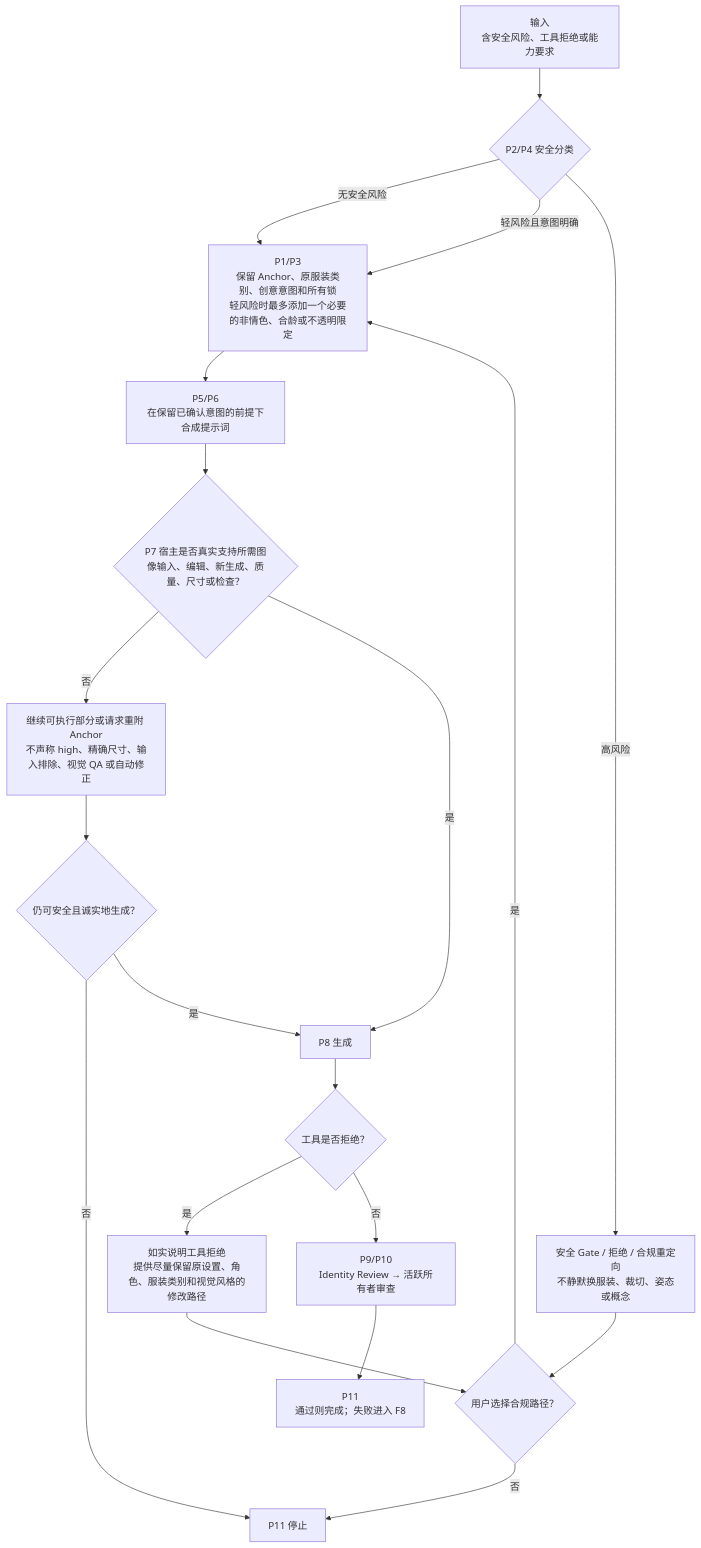
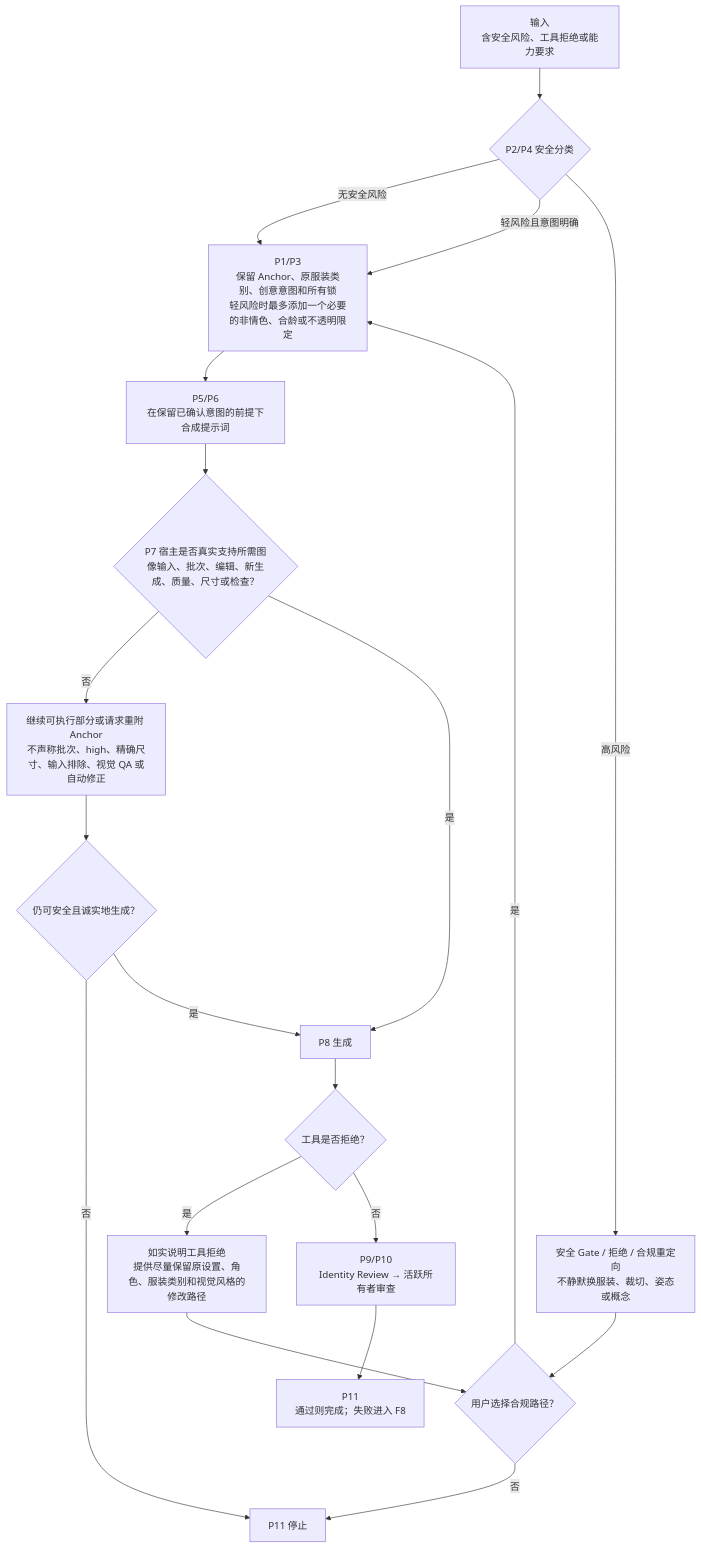
Diagram 13 of 13 in docs/architecture.md (cyaoc/cast-me), drawn with Mermaid before and after one commit. The commit also changed other lines of this file and 4 other files, not shown here.

````diff
--- a/docs/architecture.md
+++ b/docs/architecture.md
@@ -475,22 +489,22 @@
 ```mermaid
 flowchart TD
     U["输入<br/>含安全风险、工具拒绝或能力要求"] --> SAFETY{"P2/P4 安全分类"}
     SAFETY -- 无安全风险 --> NORMAL["P1/P3<br/>保留 Anchor、原服装类别、创意意图和所有锁<br/>轻风险时最多添加一个必要的非情色、合龄或不透明限定"]
     SAFETY -- 轻风险且意图明确 --> NORMAL
     SAFETY -- 高风险 --> G["安全 Gate / 拒绝 / 合规重定向<br/>不静默换服装、裁切、姿态或概念"]
     G --> CHOICE{"用户选择合规路径？"}
     CHOICE -- 否 --> STOP["P11 停止"]
     CHOICE -- 是 --> NORMAL
     NORMAL --> P["P5/P6<br/>在保留已确认意图的前提下合成提示词"]
-    P --> CAP{"P7 宿主是否真实支持所需图像输入、编辑、新生成、质量、尺寸或检查？"}
-    CAP -- 否 --> LIMIT["继续可执行部分或请求重附 Anchor<br/>不声称 high、精确尺寸、输入排除、视觉 QA 或自动修正"]
+    P --> CAP{"P7 宿主是否真实支持所需图像输入、批次、编辑、新生成、质量、尺寸或检查？"}
+    CAP -- 否 --> LIMIT["继续可执行部分或请求重附 Anchor<br/>不声称批次、high、精确尺寸、输入排除、视觉 QA 或自动修正"]
     CAP -- 是 --> GEN["P8 生成"]
     LIMIT --> POSSIBLE{"仍可安全且诚实地生成？"}
     POSSIBLE -- 否 --> STOP
     POSSIBLE -- 是 --> GEN
     GEN --> BLOCKED{"工具是否拒绝？"}
     BLOCKED -- 是 --> REPORT["如实说明工具拒绝<br/>提供尽量保留原设置、角色、服装类别和视觉风格的修改路径"]
     BLOCKED -- 否 --> R["P9/P10<br/>Identity Review → 活跃所有者审查"]
     REPORT --> CHOICE
     R --> O["P11<br/>通过则完成；失败进入 F8"]
 ```
````
